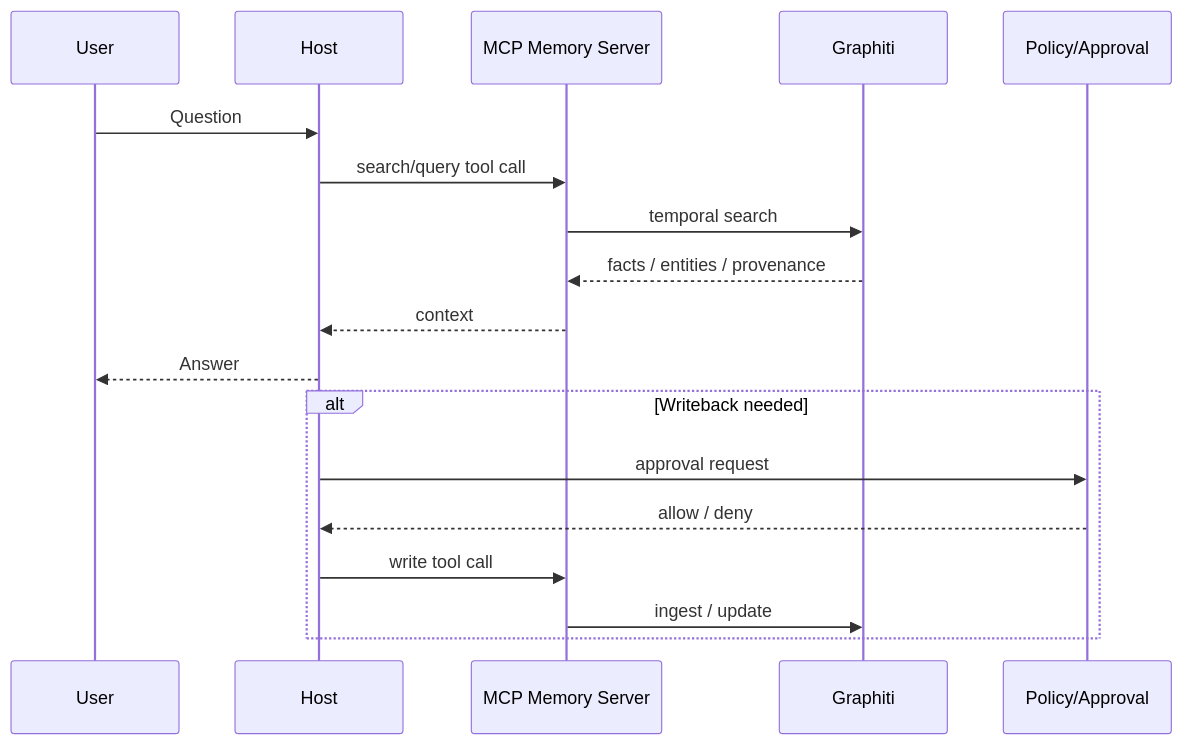
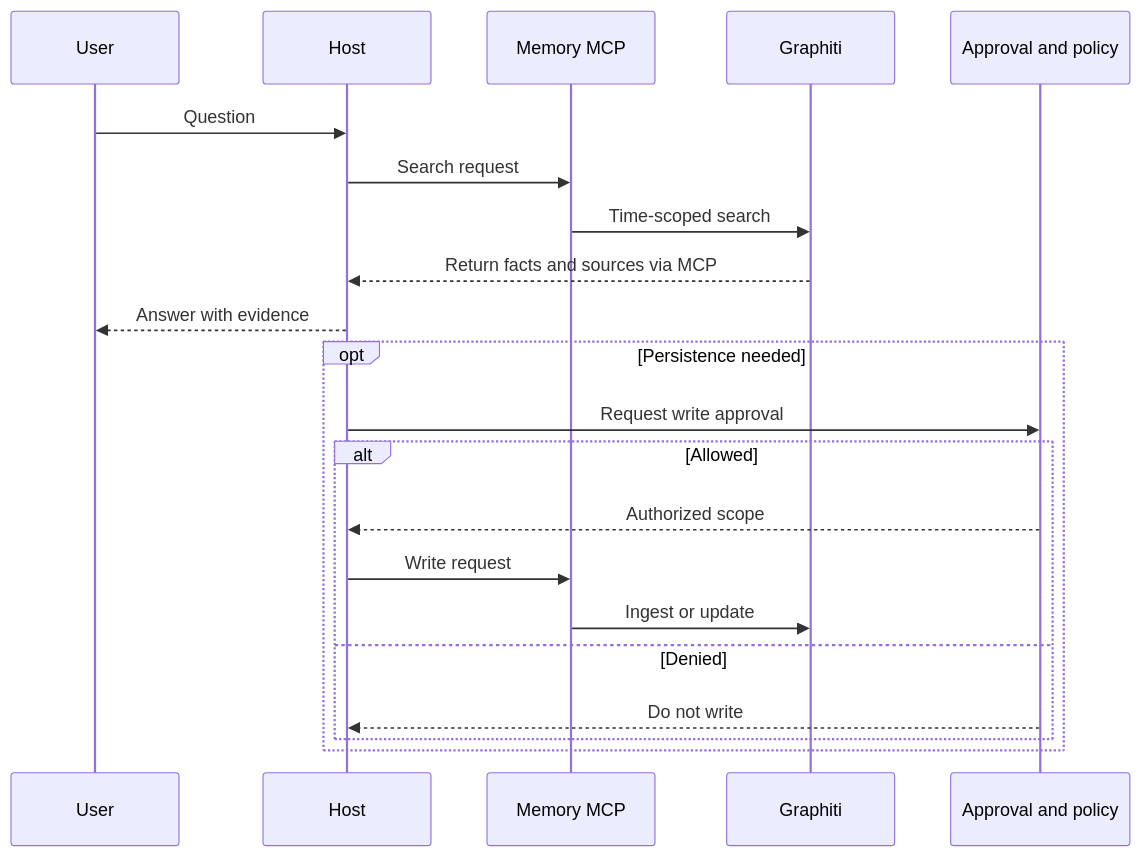
The third of 5 diagrams in articles/report/graphiti-mcp-memory/en/index.mdx (daylight55/research), drawn with Mermaid before and after one commit. The commit also changed other lines of this file and 181 other files, not shown here.

First line of the commit message:
全記事の図解368点を再生成し、共通注意書きを削除 (#402)

````diff
--- a/articles/report/graphiti-mcp-memory/en/index.mdx
+++ b/articles/report/graphiti-mcp-memory/en/index.mdx
@@ -91,21 +105,25 @@
 ```mermaid
 sequenceDiagram
+  accTitle: The sequence of retrieval and approved writes
+  accDescr: Build an answer from retrieval and seek approval only when persistence is needed. Do not execute a denied write.
   participant U as User
   participant H as Host
-  participant M as MCP Memory Server
+  participant M as Memory MCP
   participant G as Graphiti
-  participant P as Policy/Approval
-
+  participant P as Approval and policy
   U->>H: Question
-  H->>M: search/query tool call
-  M->>G: temporal search
-  G-->>M: facts / entities / provenance
-  M-->>H: context
-  H-->>U: Answer
-  alt Writeback needed
-    H->>P: approval request
-    P-->>H: allow / deny
-    H->>M: write tool call
-    M->>G: ingest / update
+  H->>M: Search request
+  M->>G: Time-scoped search
+  G-->>H: Return facts and sources via MCP
+  H-->>U: Answer with evidence
+  opt Persistence needed
+    H->>P: Request write approval
+    alt Allowed
+      P-->>H: Authorized scope
+      H->>M: Write request
+      M->>G: Ingest or update
+    else Denied
+      P-->>H: Do not write
+    end
   end
 ```
````
